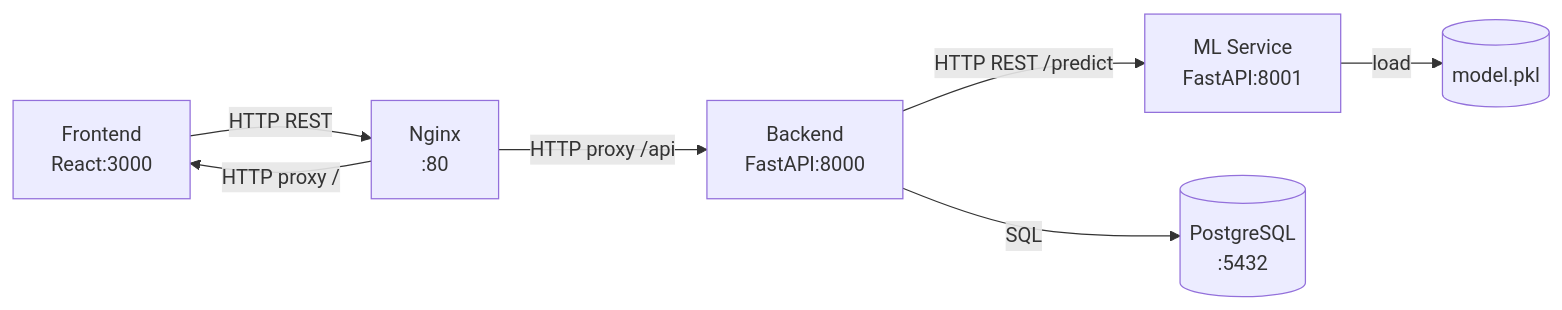
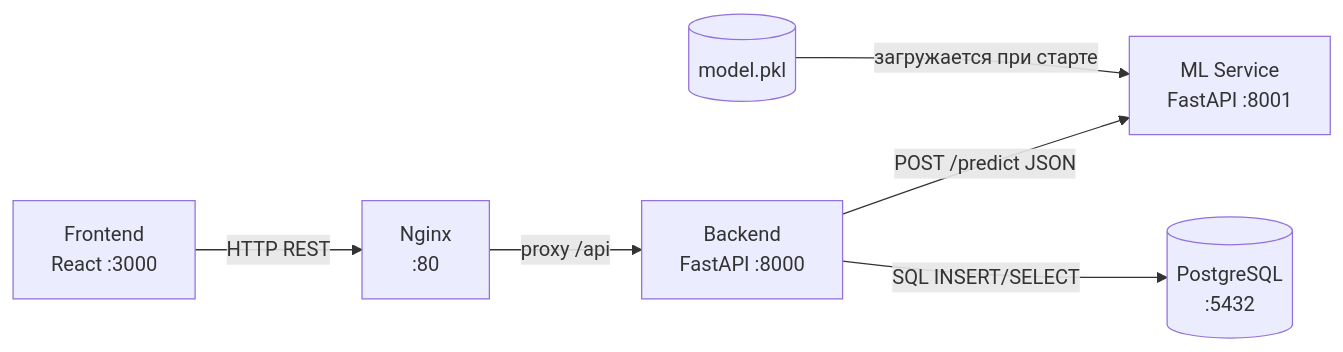
The second of 2 diagrams in docs/lab1.md (Sypoo1/mtuci-piis), drawn with Mermaid before and after one commit. The commit also changed other lines of this file, not shown here.

````diff
--- a/docs/lab1.md
+++ b/docs/lab1.md
@@ -179,9 +177,8 @@
 ```mermaid
 graph LR
-    A[Frontend\nReact:3000] -->|HTTP REST| B[Nginx\n:80]
-    B -->|HTTP proxy /api| C[Backend\nFastAPI:8000]
-    B -->|HTTP proxy /| A
-    C -->|HTTP REST /predict| D[ML Service\nFastAPI:8001]
-    D -->|load| E[(model.pkl)]
-    C -->|SQL| F[(PostgreSQL\n:5432)]
+    A[Frontend\nReact :3000] -->|HTTP REST| B[Nginx\n:80]
+    B -->|proxy /api| C[Backend\nFastAPI :8000]
+    C -->|POST /predict JSON| D[ML Service\nFastAPI :8001]
+    E[(model.pkl)] -->|загружается при старте| D
+    C -->|SQL INSERT/SELECT| F[(PostgreSQL\n:5432)]
 ```
````
